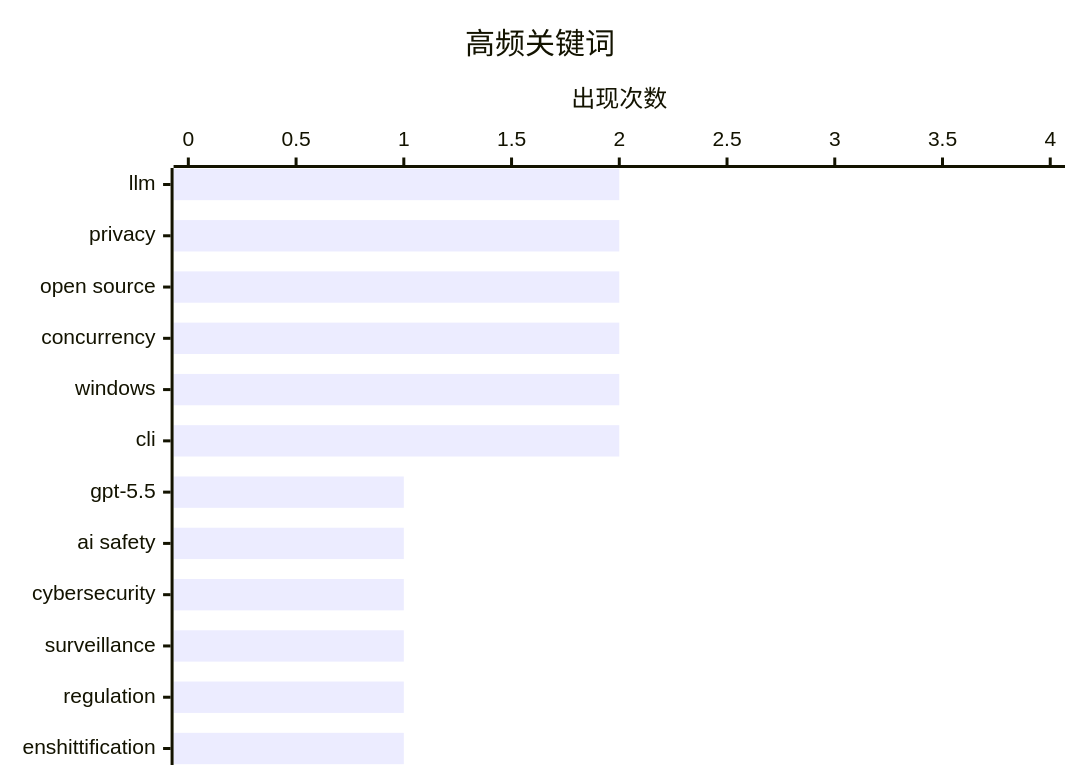
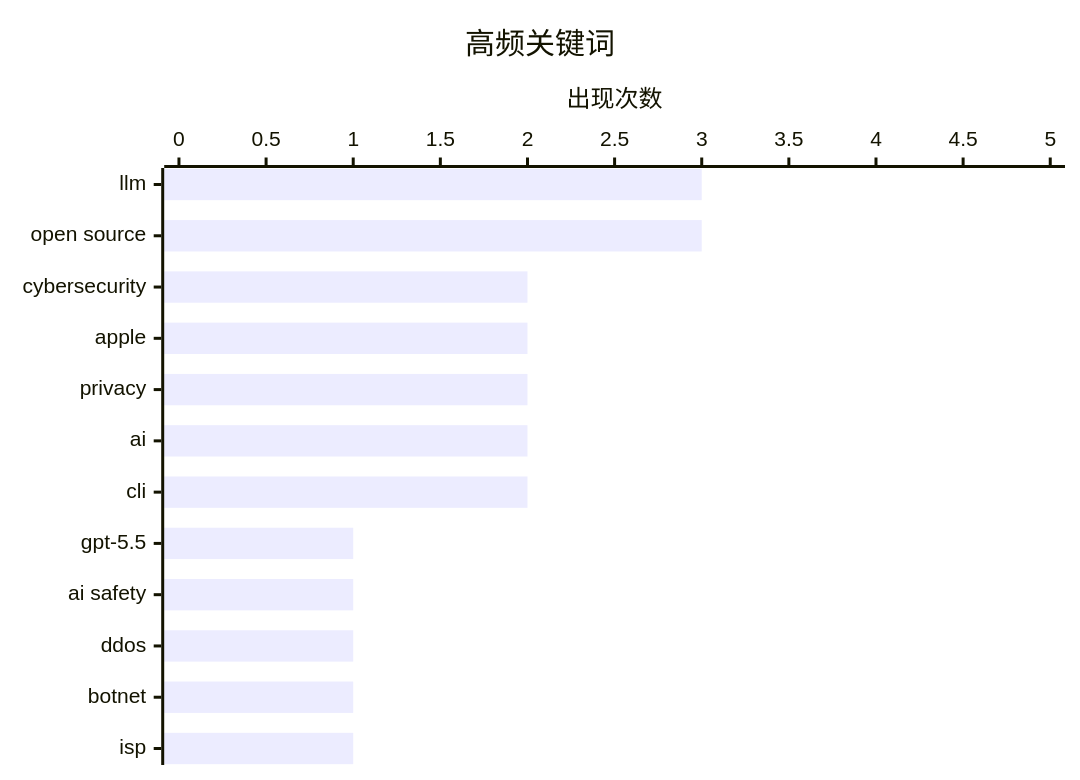
One commit to AllenX-Li/ai-daily-digest changed the second of 2 diagrams in docs/digest-20260502.md. Above: the diagram before and after it, drawn with Mermaid. The commit also changed other lines of this file and 2 other files, not shown here.

````diff
--- a/docs/digest-20260502.md
+++ b/docs/digest-20260502.md
@@ -65,7 +66,7 @@
 ```mermaid
 xychart-beta horizontal
     title "高频关键词"
-    x-axis ["llm", "privacy", "open source", "concurrency", "windows", "cli", "gpt-5.5", "ai safety", "cybersecurity", "surveillance", "regulation", "enshittification"]
-    y-axis "出现次数" 0 --> 4
-    bar [2, 2, 2, 2, 2, 2, 1, 1, 1, 1, 1, 1]
+    x-axis ["llm", "open source", "cybersecurity", "apple", "privacy", "ai", "cli", "gpt-5.5", "ai safety", "ddos", "botnet", "isp"]
+    y-axis "出现次数" 0 --> 5
+    bar [3, 3, 2, 2, 2, 2, 2, 1, 1, 1, 1, 1]
 ```
````
